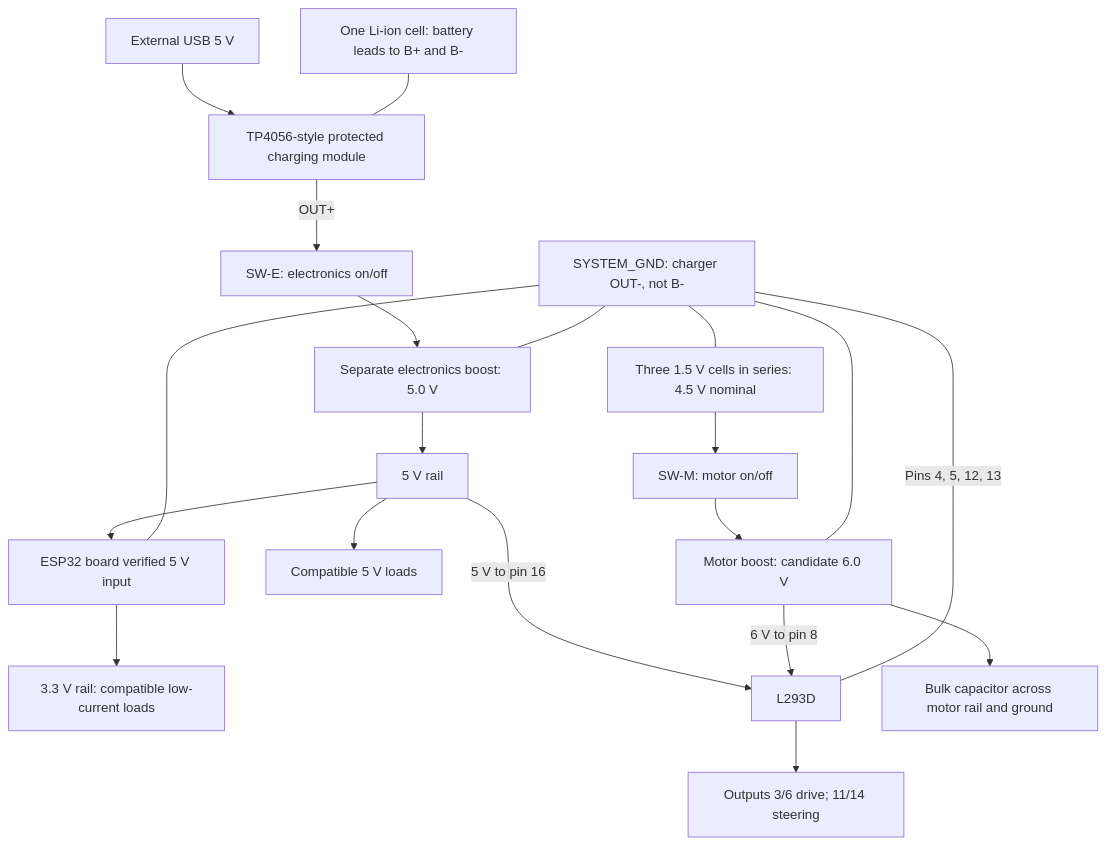
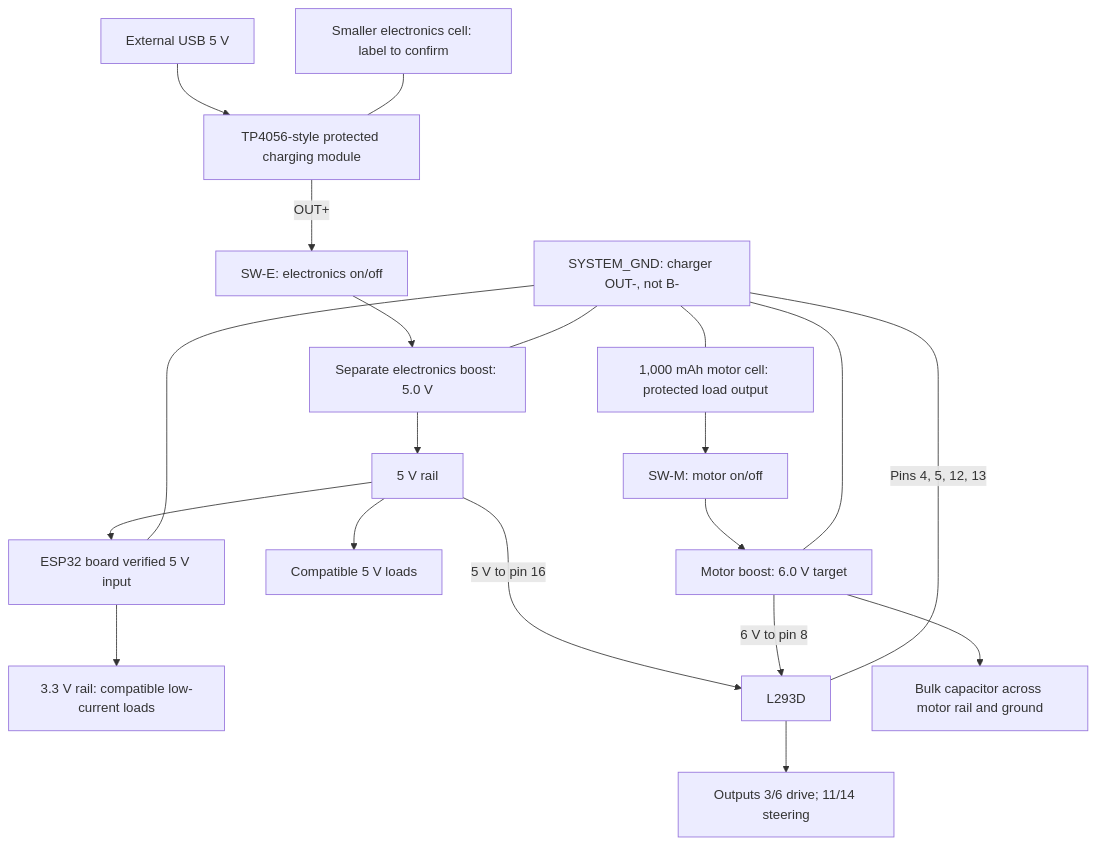
One commit to JS2028EE/Dual-Motor-V2 changed the second of 2 diagrams in diagrams/README.md. Above: the diagram before and after it, drawn with Mermaid. The commit also changed other lines of this file and 10 other files, not shown here.

````diff
--- a/diagrams/README.md
+++ b/diagrams/README.md
@@ -28,24 +30,24 @@
 ```mermaid
 flowchart TD
     USB["External USB 5 V"] --> Charger["TP4056-style protected charging module"]
-    Cell["One Li-ion cell: battery leads to B+ and B-"] --- Charger
+    Cell["Smaller electronics cell: label to confirm"] --- Charger
     Charger -->|"OUT+"| SWE["SW-E: electronics on/off"]
     SWE --> BoostE["Separate electronics boost: 5.0 V"]
     BoostE --> Rail5["5 V rail"]
     Rail5 --> ESP["ESP32 board verified 5 V input"]
     ESP --> Rail3["3.3 V rail: compatible low-current loads"]
     Rail5 -->|"5 V to pin 16"| DriverPower
     Rail5 --> Loads["Compatible 5 V loads"]
 
-    AA["Three 1.5 V cells in series: 4.5 V nominal"] --> SWM["SW-M: motor on/off"]
-    SWM --> BoostM["Motor boost: candidate 6.0 V"]
+    AA["1,000 mAh motor cell: protected load output"] --> SWM["SW-M: motor on/off"]
+    SWM --> BoostM["Motor boost: 6.0 V target"]
     BoostM -->|"6 V to pin 8"| DriverPower["L293D"]
     BoostM --> Cap["Bulk capacitor across motor rail and ground"]
     DriverPower --> Motors["Outputs 3/6 drive; 11/14 steering"]
 
     GND["SYSTEM_GND: charger OUT-, not B-"] --- AA
     GND --- ESP
     GND ---|"Pins 4, 5, 12, 13"| DriverPower
     GND --- BoostE
     GND --- BoostM
 ```
````
